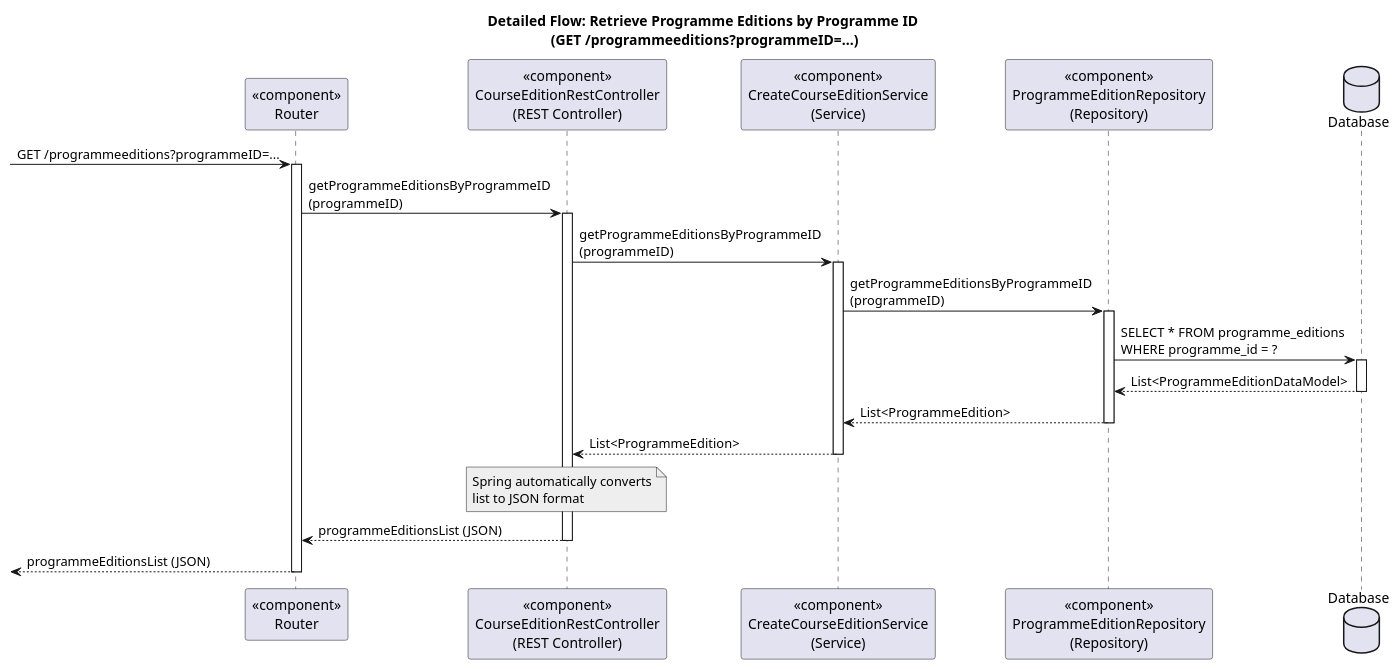
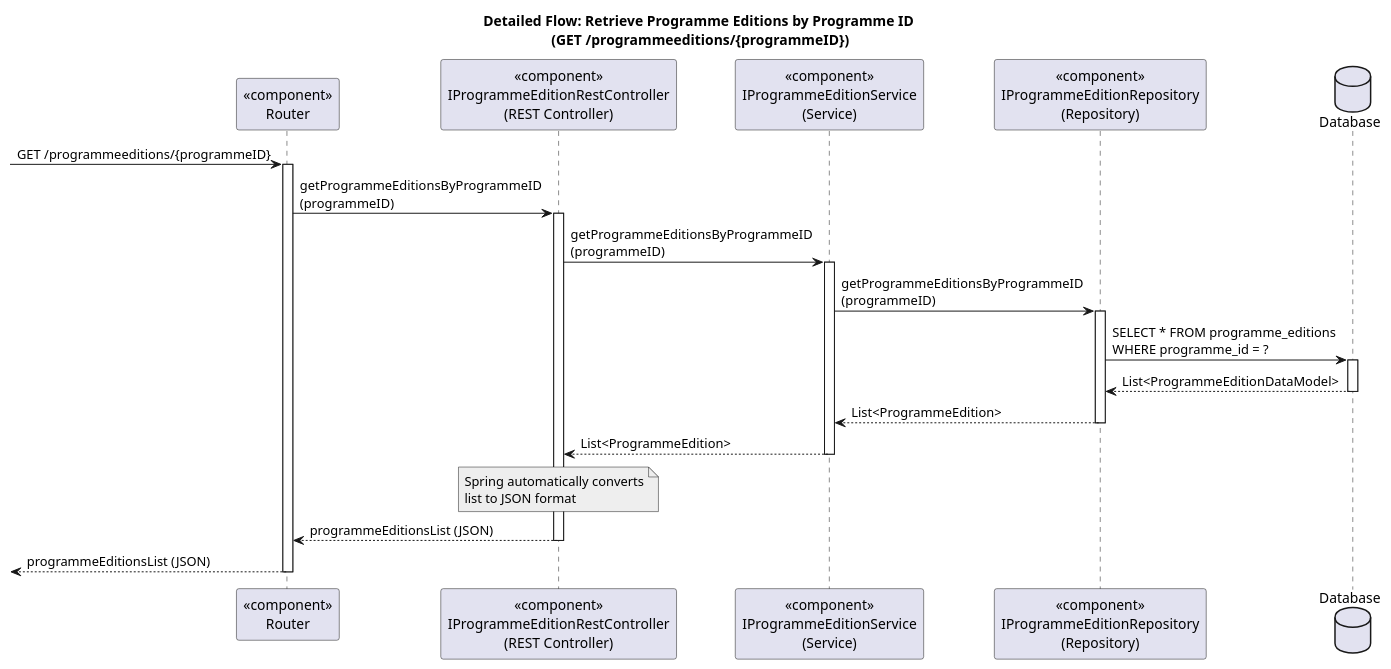
The diagram in docs/US19/Sprint6_RestAPI/ProcessView/references/Reference_4ListOfProgrammeEditions.puml (GasparISEP/DevOps-PAI), drawn with PlantUML before and after one commit.

Commit message:
[docs] Update detailed flow diagram for List Of Programme Editions by ProgrammeID (reference in createCourseEdition level 3 process view diagram) to use respective REST controller, service and endpoint (Refs: #536, #549)

```diff
--- a/docs/US19/Sprint6_RestAPI/ProcessView/references/Reference_4ListOfProgrammeEditions.puml
+++ b/docs/US19/Sprint6_RestAPI/ProcessView/references/Reference_4ListOfProgrammeEditions.puml
@@ -1,44 +1,44 @@
 @startuml
-title Detailed Flow: Retrieve Programme Editions by Programme ID \n(GET /programmeeditions?programmeID=...)
+title Detailed Flow: Retrieve Programme Editions by Programme ID \n(GET /programmeeditions/{programmeID})
 
 participant "<<component>>\nRouter" as Router
-participant "<<component>>\nCourseEditionRestController\n(REST Controller)" as Controller
-participant "<<component>>\nCreateCourseEditionService\n(Service)" as Service
-participant "<<component>>\nProgrammeEditionRepository\n(Repository)" as Repository
+participant "<<component>>\nIProgrammeEditionRestController\n(REST Controller)" as Controller
+participant "<<component>>\nIProgrammeEditionService\n(Service)" as Service
+participant "<<component>>\nIProgrammeEditionRepository\n(Repository)" as Repository
 database "Database" as DB
 
--> Router: GET /programmeeditions?programmeID=...
+-> Router: GET /programmeeditions/{programmeID}
 activate Router
 
 Router -> Controller: getProgrammeEditionsByProgrammeID\n(programmeID)
 activate Controller
 
 Controller -> Service: getProgrammeEditionsByProgrammeID\n(programmeID)
 activate Service
 
 Service -> Repository: getProgrammeEditionsByProgrammeID\n(programmeID)
 activate Repository
 
 Repository -> DB: SELECT * FROM programme_editions\nWHERE programme_id = ?
 activate DB
 DB --> Repository: List<ProgrammeEditionDataModel>
 deactivate DB
 
 Repository --> Service: List<ProgrammeEdition>
 deactivate Repository
 
 Service --> Controller: List<ProgrammeEdition>
 deactivate Service
 
 note over Controller #EEEEEE
 Spring automatically converts
 list to JSON format
 end note
 
 Controller --> Router: programmeEditionsList (JSON)
 deactivate Controller
 
 <-- Router: programmeEditionsList (JSON)
 deactivate Router
 
 @enduml
```
